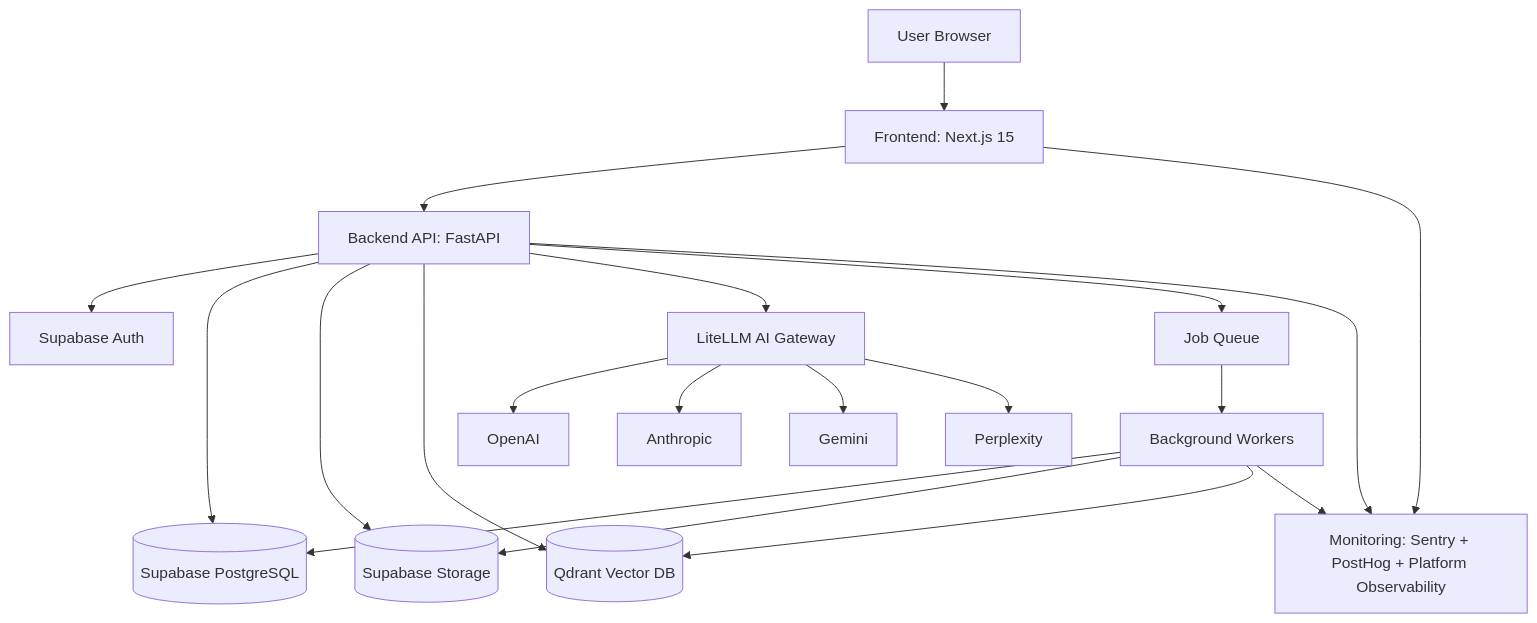
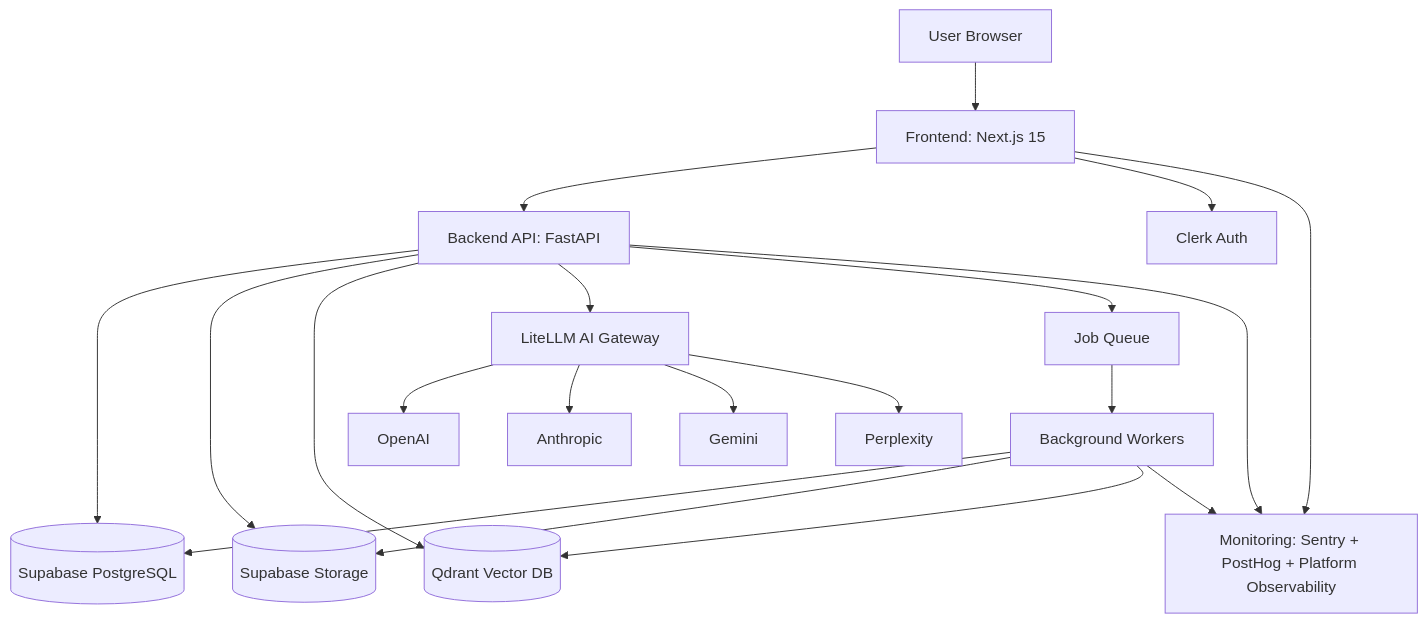
The first of 5 diagrams in docs/02-architecture/01-overall-system-architecture.md (abiodunadesesan/aproko-ai), drawn with Mermaid before and after one commit. The commit also changed other lines of this file and 48 other files, not shown here.

Commit message:
Refactor authentication from Supabase Auth to Clerk, update project documentation, and enhance UI components. Adjusted TypeScript configuration for better path resolution and added new project and folder management endpoints in the API.

````diff
--- a/docs/02-architecture/01-overall-system-architecture.md
+++ b/docs/02-architecture/01-overall-system-architecture.md
@@ -19,22 +19,22 @@
 ```mermaid
 graph TD
   U[User Browser] --> FE[Frontend: Next.js 15]
   FE --> API[Backend API: FastAPI]
-  API --> AUTH[Supabase Auth]
+  FE --> AUTH[Clerk Auth]
   API --> PG[(Supabase PostgreSQL)]
   API --> STORE[(Supabase Storage)]
   API --> VDB[(Qdrant Vector DB)]
   API --> GATE[LiteLLM AI Gateway]
   GATE --> OAI[OpenAI]
   GATE --> ANT[Anthropic]
   GATE --> GEM[Gemini]
   GATE --> PPX[Perplexity]
   API --> QUEUE[Job Queue]
   QUEUE --> WORKERS[Background Workers]
   WORKERS --> PG
   WORKERS --> STORE
   WORKERS --> VDB
   FE --> OBS[Monitoring: Sentry + PostHog + Platform Observability]
   API --> OBS
   WORKERS --> OBS
 ```
````
